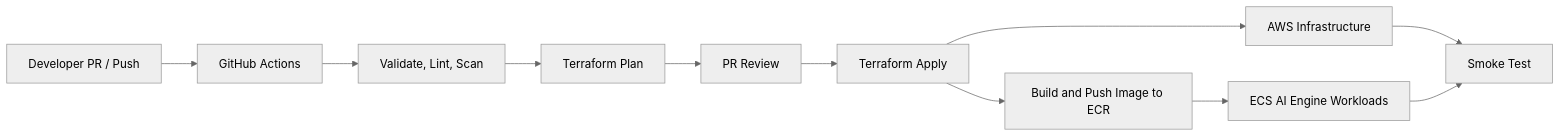
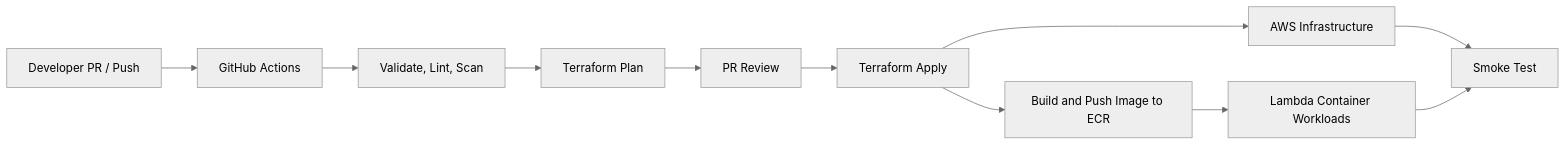
One commit to hungxqt/tf2-finops-docs changed the diagram in docs/tf2-finops/04_deployment_design.md. Above: the diagram before and after it, drawn with Mermaid (neutral theme). The commit also changed other lines of this file and 20 other files, not shown here.

Commit message:
docs: migrate to AWS Lambda Container

````diff
--- a/docs/tf2-finops/04_deployment_design.md
+++ b/docs/tf2-finops/04_deployment_design.md
@@ -60,13 +64,13 @@
 ```mermaid
 graph LR
     Dev[Developer PR / Push] --> GHA[GitHub Actions]
     GHA --> CI[Validate, Lint, Scan]
     CI --> Plan[Terraform Plan]
     Plan --> Review[PR Review]
     Review --> Apply[Terraform Apply]
     Apply --> AWS[AWS Infrastructure]
     Apply --> ECR[Build and Push Image to ECR]
-    ECR --> ECS[ECS AI Engine Workloads]
+    ECR --> Lambda[Lambda Container Workloads]
     AWS --> Smoke[Smoke Test]
-    ECS --> Smoke
+    Lambda --> Smoke
 ```
````
